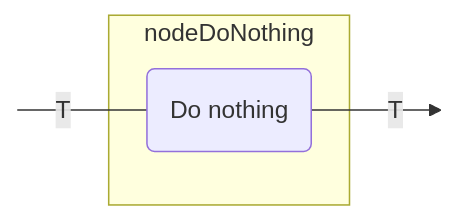
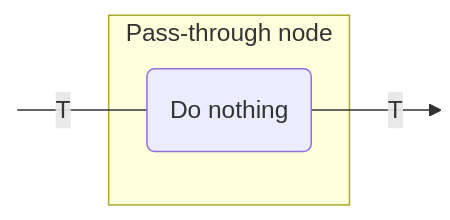
Before and after one commit to JetBrains/koog: the second of 15 diagrams in docs/docs/nodes-and-components.md, drawn with Mermaid. The commit also changed other lines of this file and 1 other file, not shown here.

````diff
--- a/docs/docs/nodes-and-components.md
+++ b/docs/docs/nodes-and-components.md
@@ -75,13 +75,13 @@
 ```mermaid
 graph LR
     in:::hidden
     out:::hidden
     
-    subgraph node ["nodeDoNothing"]
+    subgraph node ["Pass-through node"]
         execute(Do nothing)
     end
     
     in ---|T| execute --T--> out
 
     classDef hidden display: none;
 ```
````
